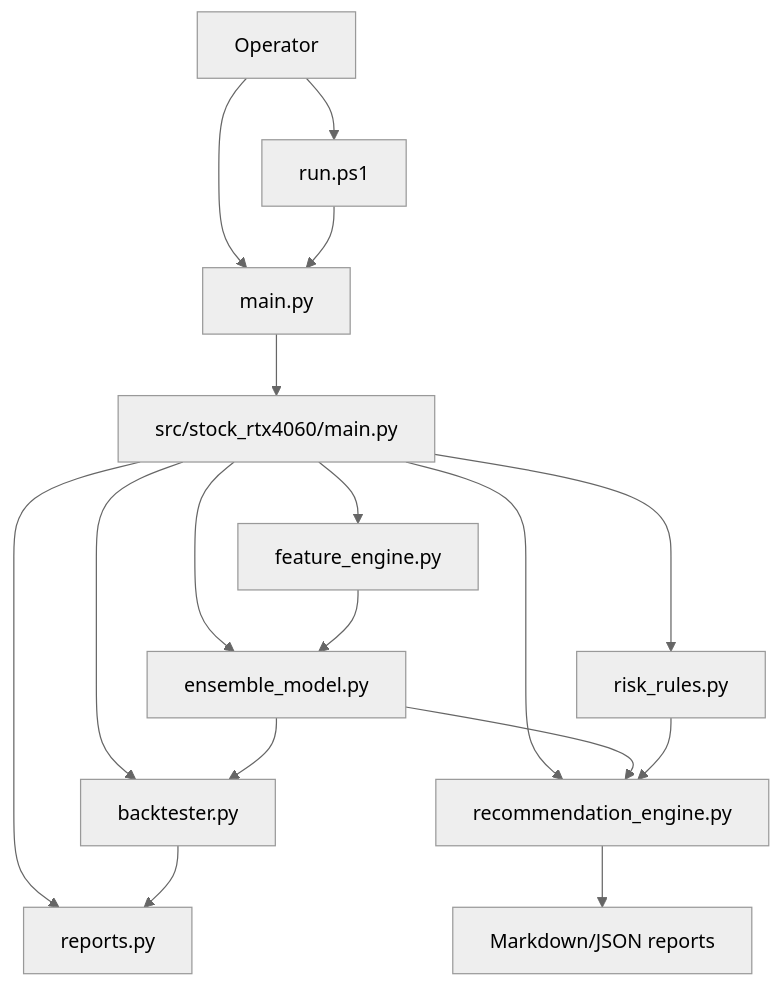
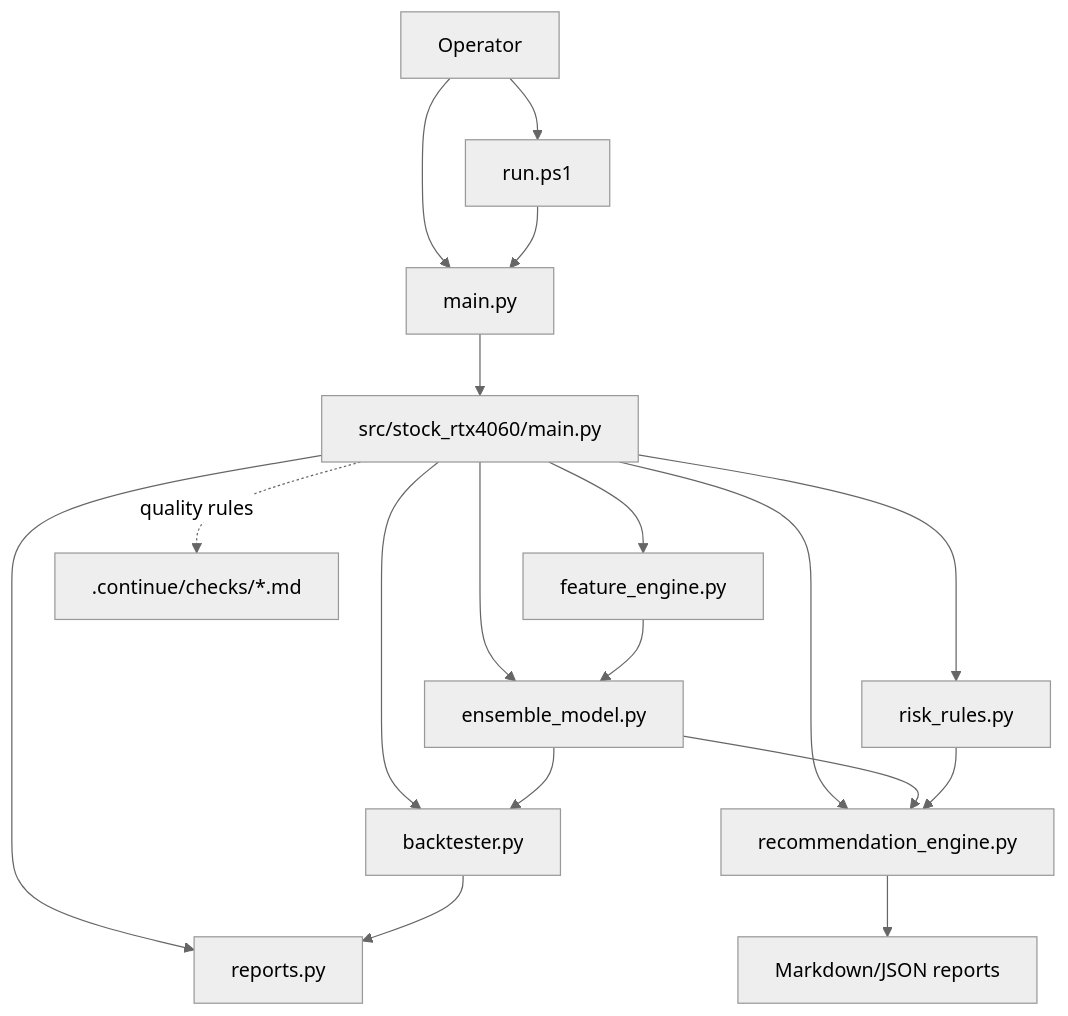
Before and after one commit to macho715/stock_hermes: the first of 2 diagrams in docs/SYSTEM_ARCHITECTURE.md, drawn with Mermaid (neutral theme). The commit also changed other lines of this file and 19 other files, not shown here.

````diff
--- a/docs/SYSTEM_ARCHITECTURE.md
+++ b/docs/SYSTEM_ARCHITECTURE.md
@@ -9,19 +9,20 @@
 ```mermaid
 flowchart TD
     User[Operator] --> Runner[run.ps1]
     User --> RootMain[main.py]
     Runner --> RootMain
     RootMain --> CLI[src/stock_rtx4060/main.py]
     CLI --> Feature[feature_engine.py]
     CLI --> Model[ensemble_model.py]
     CLI --> Backtest[backtester.py]
     CLI --> Risk[risk_rules.py]
     CLI --> Recommend[recommendation_engine.py]
     CLI --> Reports[reports.py]
+    CLI -. quality rules .-> Continue[.continue/checks/*.md]
     Feature --> Model
     Model --> Backtest
     Model --> Recommend
     Risk --> Recommend
     Backtest --> Reports
     Recommend --> Output[Markdown/JSON reports]
 ```
````
